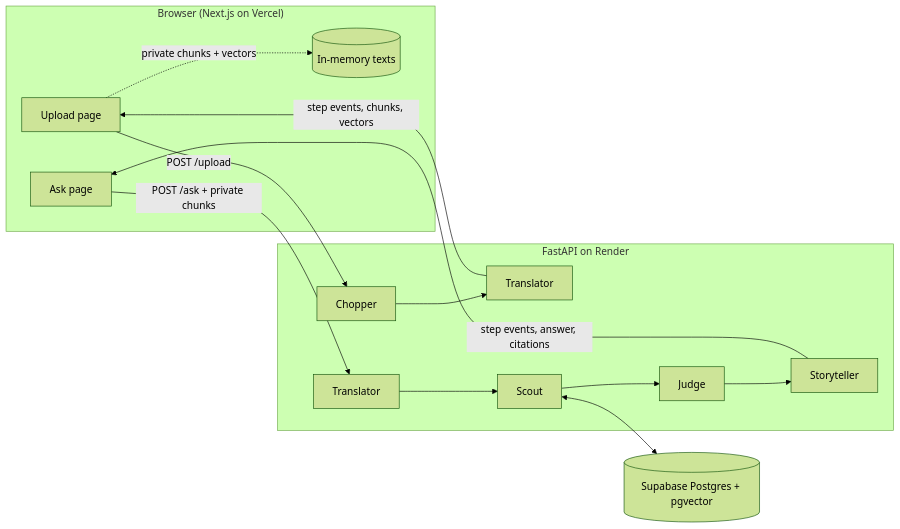
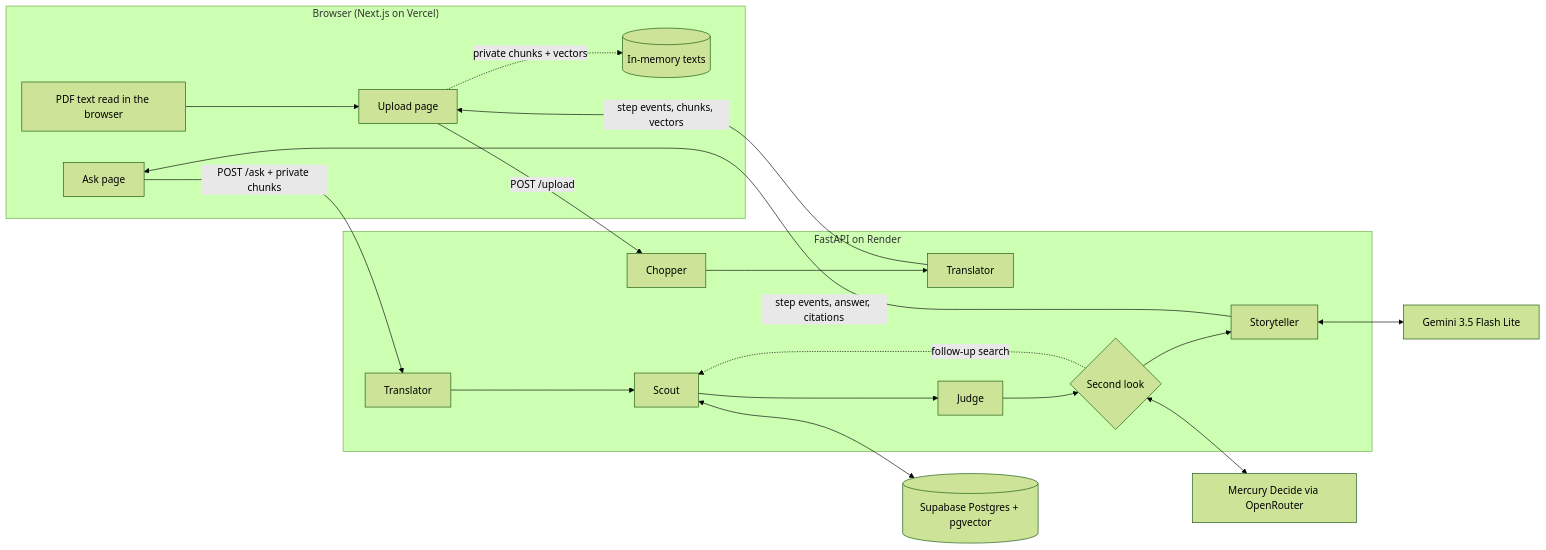
The diagram in README.md (thekennethgo/ragsimplified), drawn with Mermaid (forest theme) before and after one commit. The commit also changed other lines of this file and 5 other files, not shown here.

````diff
--- a/README.md
+++ b/README.md
@@ -52,17 +65,23 @@
 ```mermaid
 flowchart LR
     subgraph Browser["Browser (Next.js on Vercel)"]
-        U[Upload page] -.private chunks + vectors.-> M[(In-memory texts)]
+        P[PDF text read in the browser] --> U[Upload page]
+        U -.private chunks + vectors.-> M[(In-memory texts)]
         A[Ask page]
     end
     subgraph API["FastAPI on Render"]
         CH[Chopper] --> TR[Translator]
-        TR2[Translator] --> SC[Scout] --> JU[Judge] --> ST[Storyteller]
+        TR2[Translator] --> SC[Scout] --> JU[Judge] --> SL{Second look} --> ST[Storyteller]
+        SL -. follow-up search .-> SC
     end
     DB[(Supabase Postgres + pgvector)]
+    OR[Mercury Decide via OpenRouter]
+    LLM[Gemini 3.5 Flash Lite]
     U -- POST /upload --> CH
     TR -- step events, chunks, vectors --> U
     A -- POST /ask + private chunks --> TR2
     SC <--> DB
+    SL <--> OR
+    ST <--> LLM
     ST -- step events, answer, citations --> A
 ```
````
